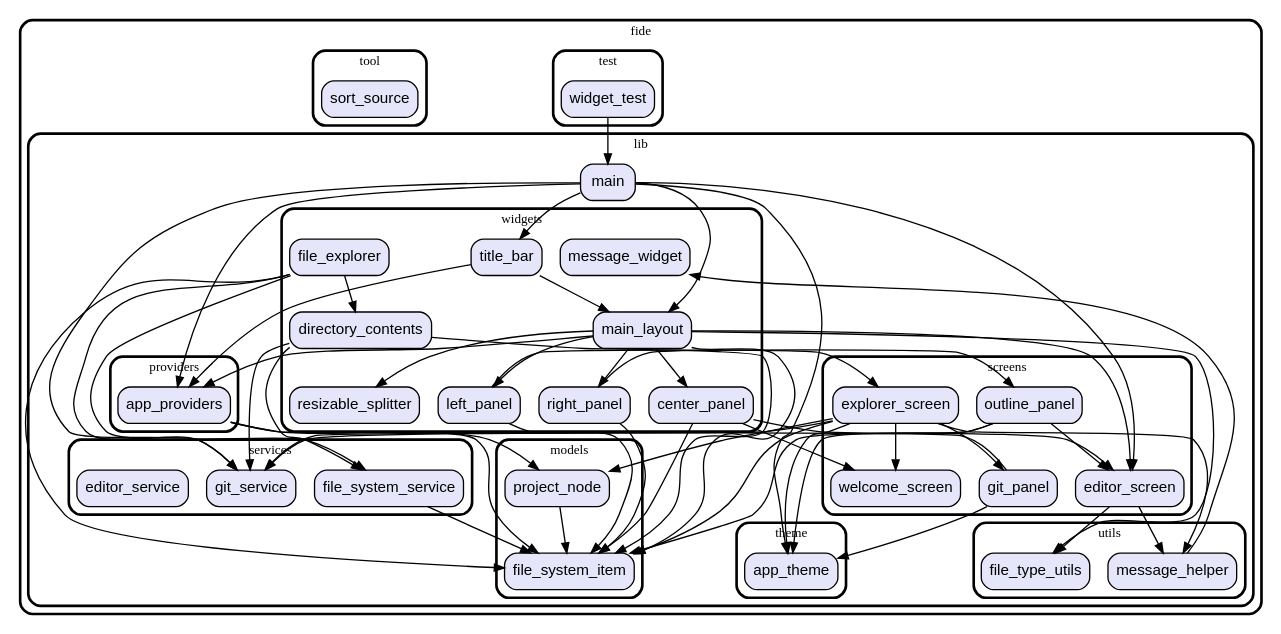
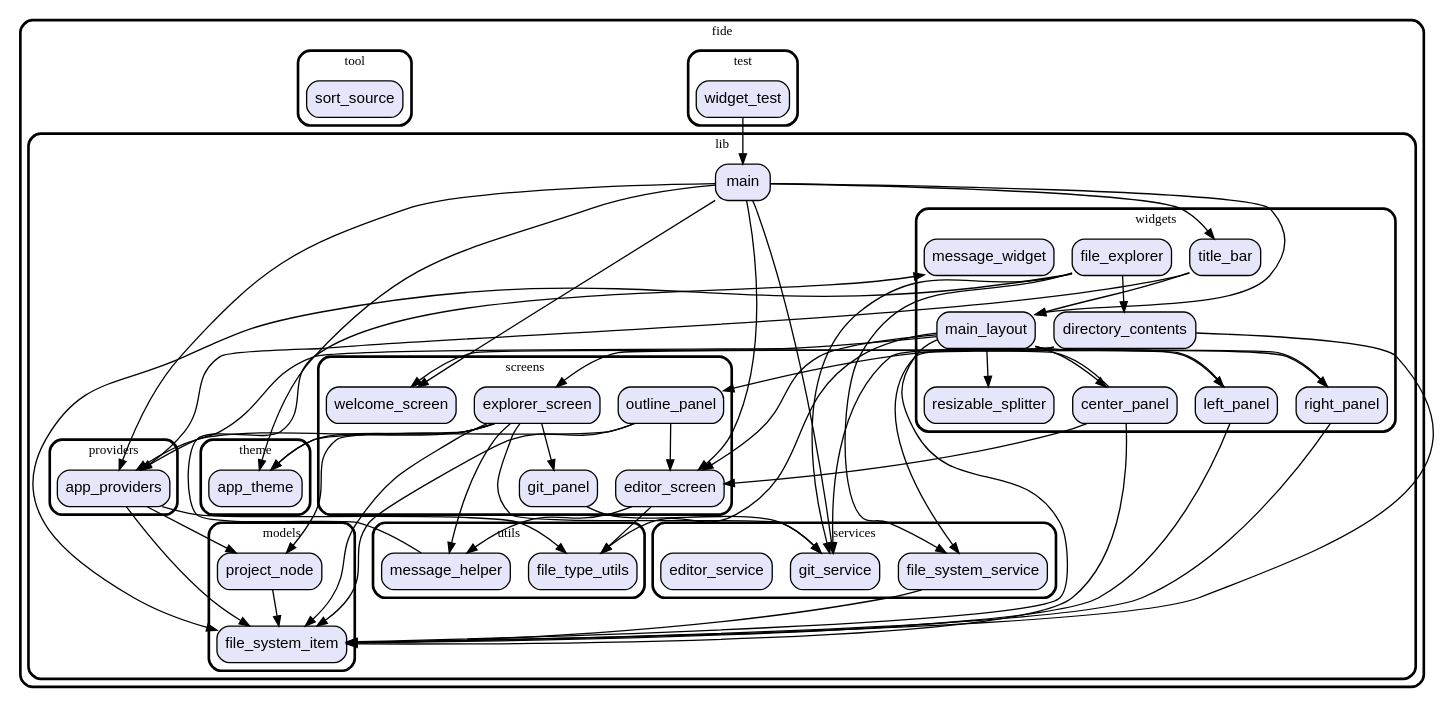
The diagram in graph.dot (vteam-com/FIDE), drawn with Graphviz before and after one commit. The commit also changed 3 other files, not shown here.

Commit message:
clean GIT panel

```diff
--- a/graph.dot
+++ b/graph.dot
@@ -1,140 +1,141 @@
 digraph "" {
   graph [style=rounded fontname="Arial Black" fontsize=13 penwidth=2.6];
   node [shape=rect style="filled,rounded" fontname=Arial fontsize=15 fillcolor=Lavender penwidth=1.3];
   edge [penwidth=1.3];
   "/test/widget_test.dart" [label="widget_test"];
   "/lib/providers/app_providers.dart" [label="app_providers"];
   "/lib/utils/message_helper.dart" [label="message_helper"];
   "/lib/utils/file_type_utils.dart" [label="file_type_utils"];
   "/lib/models/project_node.dart" [label="project_node"];
   "/lib/models/file_system_item.dart" [label="file_system_item"];
   "/lib/screens/git_panel.dart" [label="git_panel"];
   "/lib/screens/explorer_screen.dart" [label="explorer_screen"];
   "/lib/screens/outline_panel.dart" [label="outline_panel"];
   "/lib/screens/editor_screen.dart" [label="editor_screen"];
   "/lib/screens/welcome_screen.dart" [label="welcome_screen"];
   "/lib/main.dart" [label="main"];
   "/lib/theme/app_theme.dart" [label="app_theme"];
   "/lib/services/git_service.dart" [label="git_service"];
   "/lib/services/file_system_service.dart" [label="file_system_service"];
   "/lib/services/editor_service.dart" [label="editor_service"];
   "/lib/widgets/resizable_splitter.dart" [label="resizable_splitter"];
   "/lib/widgets/directory_contents.dart" [label="directory_contents"];
   "/lib/widgets/title_bar.dart" [label="title_bar"];
   "/lib/widgets/main_layout.dart" [label="main_layout"];
   "/lib/widgets/file_explorer.dart" [label="file_explorer"];
   "/lib/widgets/message_widget.dart" [label="message_widget"];
   "/lib/widgets/left_panel.dart" [label="left_panel"];
   "/lib/widgets/center_panel.dart" [label="center_panel"];
   "/lib/widgets/right_panel.dart" [label="right_panel"];
   "/tool/sort_source.dart" [label="sort_source"];
   subgraph "cluster~" {
     label="fide";
     subgraph "cluster~/test" {
       label="test";
       "/test/widget_test.dart";
     }
     subgraph "cluster~/lib" {
       label="lib";
       "/lib/main.dart";
       subgraph "cluster~/lib/providers" {
         label="providers";
         "/lib/providers/app_providers.dart";
       }
       subgraph "cluster~/lib/utils" {
         label="utils";
         "/lib/utils/message_helper.dart";
         "/lib/utils/file_type_utils.dart";
       }
       subgraph "cluster~/lib/models" {
         label="models";
         "/lib/models/project_node.dart";
         "/lib/models/file_system_item.dart";
       }
       subgraph "cluster~/lib/screens" {
         label="screens";
         "/lib/screens/git_panel.dart";
         "/lib/screens/explorer_screen.dart";
         "/lib/screens/outline_panel.dart";
         "/lib/screens/editor_screen.dart";
         "/lib/screens/welcome_screen.dart";
       }
       subgraph "cluster~/lib/theme" {
         label="theme";
         "/lib/theme/app_theme.dart";
       }
       subgraph "cluster~/lib/services" {
         label="services";
         "/lib/services/git_service.dart";
         "/lib/services/file_system_service.dart";
         "/lib/services/editor_service.dart";
       }
       subgraph "cluster~/lib/widgets" {
         label="widgets";
         "/lib/widgets/resizable_splitter.dart";
         "/lib/widgets/directory_contents.dart";
         "/lib/widgets/title_bar.dart";
         "/lib/widgets/main_layout.dart";
         "/lib/widgets/file_explorer.dart";
         "/lib/widgets/message_widget.dart";
         "/lib/widgets/left_panel.dart";
         "/lib/widgets/center_panel.dart";
         "/lib/widgets/right_panel.dart";
       }
     }
     subgraph "cluster~/tool" {
       label="tool";
       "/tool/sort_source.dart";
     }
   }
   "/test/widget_test.dart" -> "/lib/main.dart";
   "/lib/providers/app_providers.dart" -> "/lib/models/file_system_item.dart";
   "/lib/providers/app_providers.dart" -> "/lib/models/project_node.dart";
+  "/lib/providers/app_providers.dart" -> "/lib/utils/file_type_utils.dart";
   "/lib/utils/message_helper.dart" -> "/lib/widgets/message_widget.dart";
   "/lib/models/project_node.dart" -> "/lib/models/file_system_item.dart";
-  "/lib/screens/git_panel.dart" -> "/lib/theme/app_theme.dart";
   "/lib/screens/git_panel.dart" -> "/lib/services/git_service.dart";
   "/lib/screens/explorer_screen.dart" -> "/lib/models/project_node.dart";
   "/lib/screens/explorer_screen.dart" -> "/lib/models/file_system_item.dart";
   "/lib/screens/explorer_screen.dart" -> "/lib/services/git_service.dart";
   "/lib/screens/explorer_screen.dart" -> "/lib/utils/message_helper.dart";
-  "/lib/screens/explorer_screen.dart" -> "/lib/screens/welcome_screen.dart";
   "/lib/screens/explorer_screen.dart" -> "/lib/screens/git_panel.dart";
   "/lib/screens/explorer_screen.dart" -> "/lib/theme/app_theme.dart";
+  "/lib/screens/explorer_screen.dart" -> "/lib/providers/app_providers.dart";
   "/lib/screens/outline_panel.dart" -> "/lib/theme/app_theme.dart";
   "/lib/screens/outline_panel.dart" -> "/lib/models/file_system_item.dart";
   "/lib/screens/outline_panel.dart" -> "/lib/screens/editor_screen.dart";
   "/lib/screens/editor_screen.dart" -> "/lib/utils/message_helper.dart";
   "/lib/screens/editor_screen.dart" -> "/lib/utils/file_type_utils.dart";
   "/lib/main.dart" -> "/lib/providers/app_providers.dart";
   "/lib/main.dart" -> "/lib/widgets/main_layout.dart";
   "/lib/main.dart" -> "/lib/widgets/title_bar.dart";
   "/lib/main.dart" -> "/lib/screens/editor_screen.dart";
+  "/lib/main.dart" -> "/lib/screens/welcome_screen.dart";
   "/lib/main.dart" -> "/lib/services/git_service.dart";
   "/lib/main.dart" -> "/lib/theme/app_theme.dart";
   "/lib/services/file_system_service.dart" -> "/lib/models/file_system_item.dart";
   "/lib/widgets/directory_contents.dart" -> "/lib/services/file_system_service.dart";
   "/lib/widgets/directory_contents.dart" -> "/lib/services/git_service.dart";
   "/lib/widgets/directory_contents.dart" -> "/lib/models/file_system_item.dart";
   "/lib/widgets/title_bar.dart" -> "/lib/providers/app_providers.dart";
   "/lib/widgets/title_bar.dart" -> "/lib/widgets/main_layout.dart";
   "/lib/widgets/main_layout.dart" -> "/lib/screens/editor_screen.dart";
   "/lib/widgets/main_layout.dart" -> "/lib/providers/app_providers.dart";
   "/lib/widgets/main_layout.dart" -> "/lib/models/file_system_item.dart";
   "/lib/widgets/main_layout.dart" -> "/lib/utils/file_type_utils.dart";
   "/lib/widgets/main_layout.dart" -> "/lib/widgets/resizable_splitter.dart";
   "/lib/widgets/main_layout.dart" -> "/lib/widgets/left_panel.dart";
   "/lib/widgets/main_layout.dart" -> "/lib/widgets/center_panel.dart";
   "/lib/widgets/main_layout.dart" -> "/lib/widgets/right_panel.dart";
   "/lib/widgets/file_explorer.dart" -> "/lib/services/file_system_service.dart";
   "/lib/widgets/file_explorer.dart" -> "/lib/services/git_service.dart";
   "/lib/widgets/file_explorer.dart" -> "/lib/models/file_system_item.dart";
   "/lib/widgets/file_explorer.dart" -> "/lib/widgets/directory_contents.dart";
   "/lib/widgets/left_panel.dart" -> "/lib/screens/explorer_screen.dart";
   "/lib/widgets/left_panel.dart" -> "/lib/models/file_system_item.dart";
   "/lib/widgets/center_panel.dart" -> "/lib/screens/welcome_screen.dart";
   "/lib/widgets/center_panel.dart" -> "/lib/screens/editor_screen.dart";
   "/lib/widgets/center_panel.dart" -> "/lib/models/file_system_item.dart";
   "/lib/widgets/right_panel.dart" -> "/lib/screens/outline_panel.dart";
   "/lib/widgets/right_panel.dart" -> "/lib/models/file_system_item.dart";
 }
```
